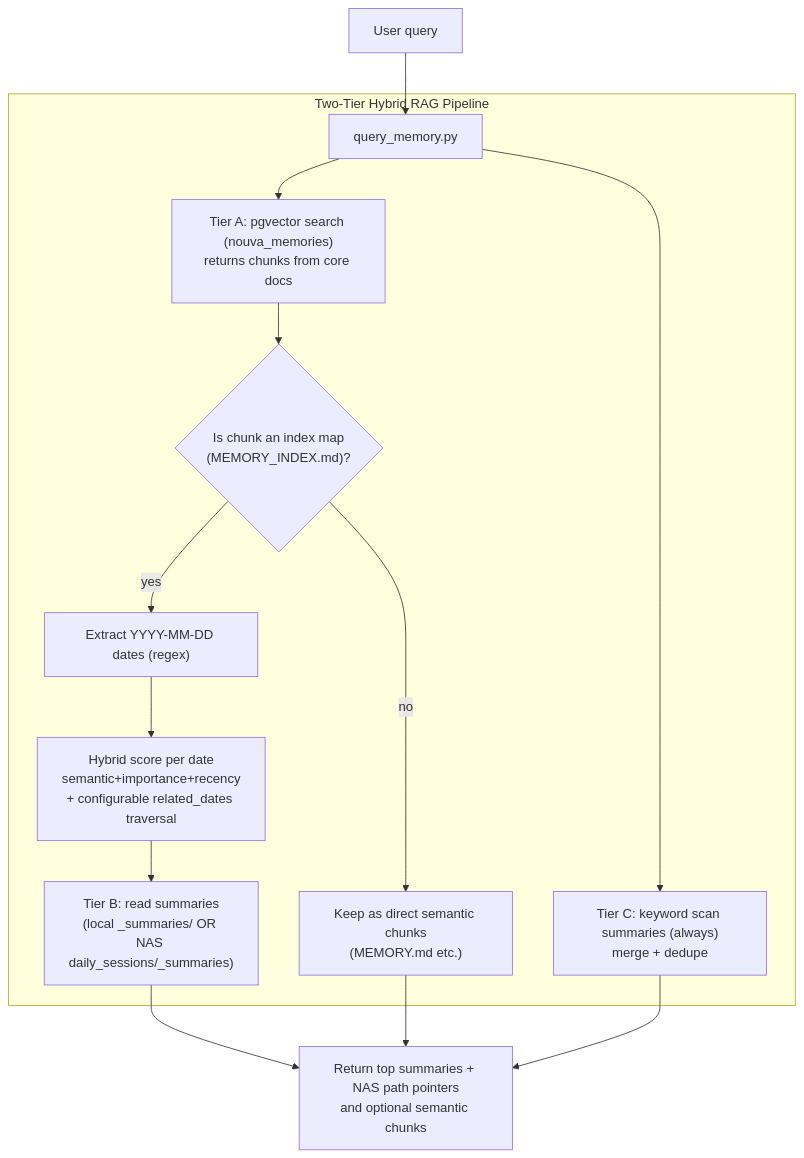
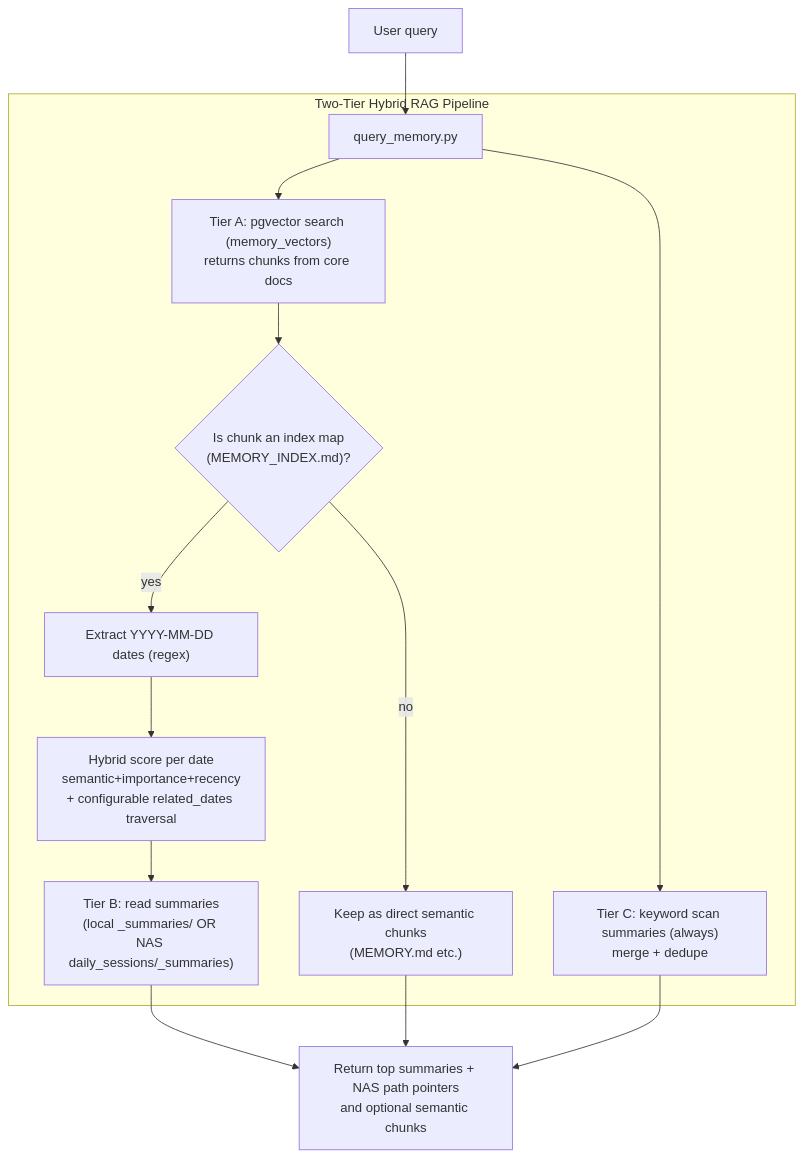
Before and after one commit to nouverse-tech/nouva-mcp-server: the third of 4 diagrams in src/skills/memory_engine/ARCHITECTURE.md, drawn with Mermaid. The commit also changed other lines of this file and 3 other files, not shown here.

Commit message:
refactor: rename table nouva_memories to memory_vectors

````diff
--- a/src/skills/memory_engine/ARCHITECTURE.md
+++ b/src/skills/memory_engine/ARCHITECTURE.md
@@ -154,20 +154,20 @@
 ```mermaid
 flowchart TD
   U["User query"] --> QM["query_memory.py"]
 
   subgraph RAG["Two-Tier Hybrid RAG Pipeline"]
-    QM --> V["Tier A: pgvector search (nouva_memories)\nreturns chunks from core docs"]
+    QM --> V["Tier A: pgvector search (memory_vectors)\nreturns chunks from core docs"]
     V --> D{"Is chunk an index map\n(MEMORY_INDEX.md)?"}
     D -->|yes| EX["Extract YYYY-MM-DD dates (regex)"]
     D -->|no| RC["Keep as direct semantic chunks\n(MEMORY.md etc.)"]
 
     EX --> HS["Hybrid score per date\nsemantic+importance+recency\n+ configurable related_dates traversal"]
     HS --> SUM["Tier B: read summaries\n(local _summaries/ OR NAS daily_sessions/_summaries)"]
 
     QM --> KW["Tier C: keyword scan summaries (always)\nmerge + dedupe"]
   end
 
   SUM --> OUT["Return top summaries + NAS path pointers\nand optional semantic chunks"]
   KW --> OUT
   RC --> OUT
 ```
````
